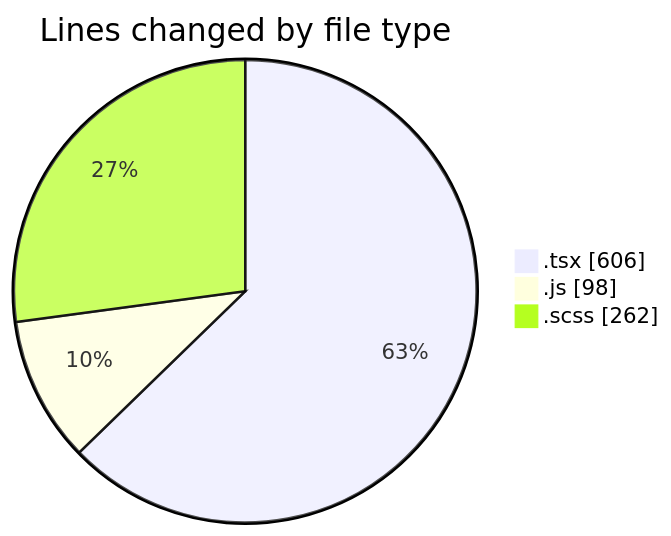
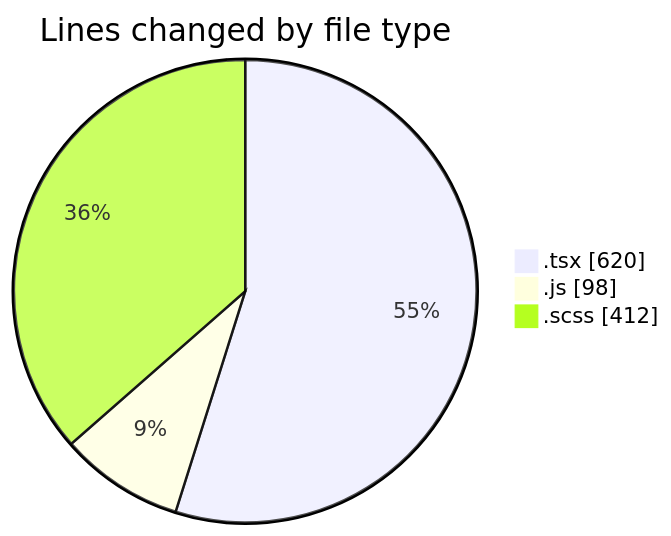
Before and after one commit to momahboobian/code-tracking: the first of 2 diagrams in 2025-03-31/cda/README.md, drawn with Mermaid. The commit also changed other lines of this file and 1 other file, not shown here.

````diff
--- a/2025-03-31/cda/README.md
+++ b/2025-03-31/cda/README.md
@@ -26,7 +27,7 @@
 ```mermaid
 pie showData
 title Lines changed by file type
-".tsx" : 606
+".tsx" : 620
 ".js" : 98
-".scss" : 262
+".scss" : 412
 ```
````
